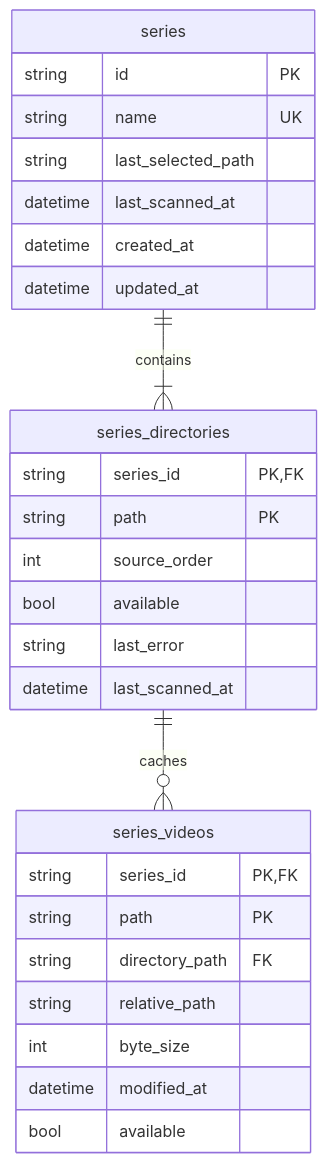
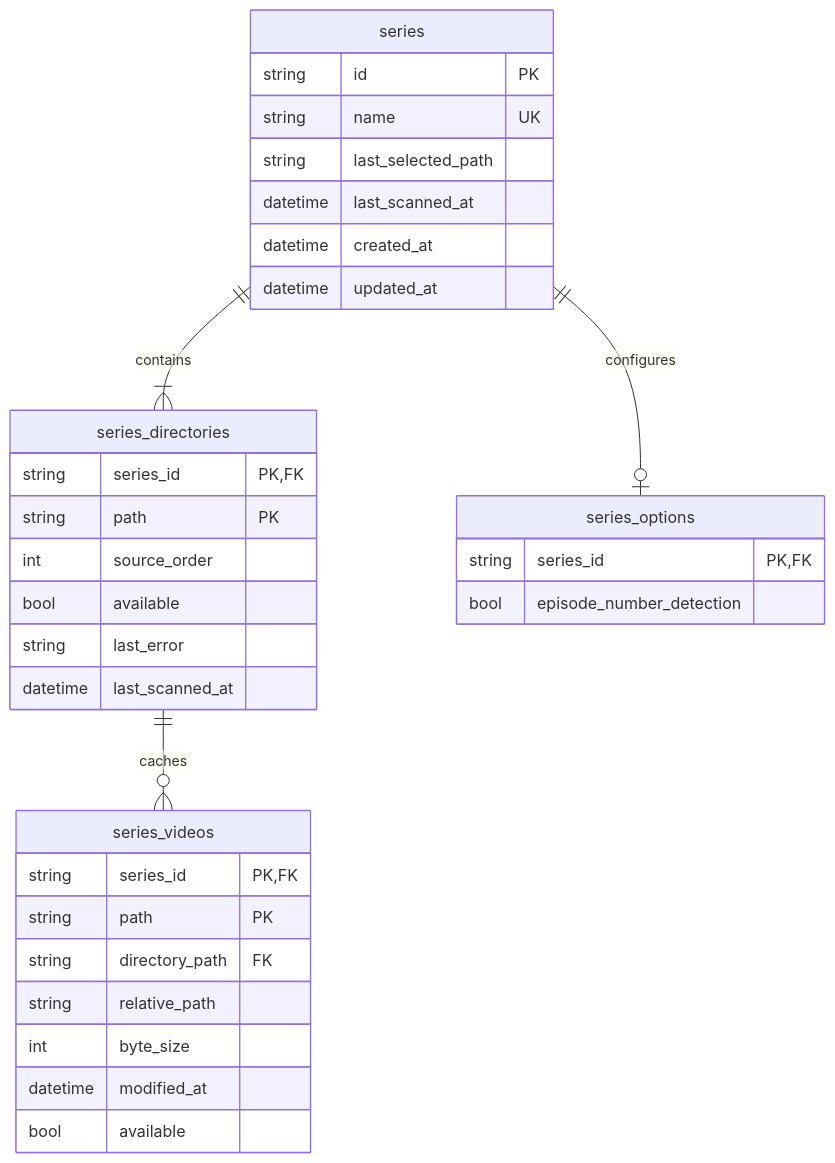
Before and after one commit to Huffer342-WSH/NexusBridge: the second of 5 diagrams in docs/modules/series.md, drawn with Mermaid. The commit also changed other lines of this file and 9 other files, not shown here.

````diff
--- a/docs/modules/series.md
+++ b/docs/modules/series.md
@@ -67,33 +67,39 @@
 ```mermaid
 erDiagram
     series ||--|{ series_directories : contains
+    series ||--o| series_options : configures
     series_directories ||--o{ series_videos : caches
 
     series {
         string id PK
         string name UK
         string last_selected_path
         datetime last_scanned_at
         datetime created_at
         datetime updated_at
     }
 
     series_directories {
         string series_id PK, FK
         string path PK
         int source_order
         bool available
         string last_error
         datetime last_scanned_at
     }
 
+    series_options {
+        string series_id PK, FK
+        bool episode_number_detection
+    }
+
     series_videos {
         string series_id PK, FK
         string path PK
         string directory_path FK
         string relative_path
         int byte_size
         datetime modified_at
         bool available
     }
 ```
````
